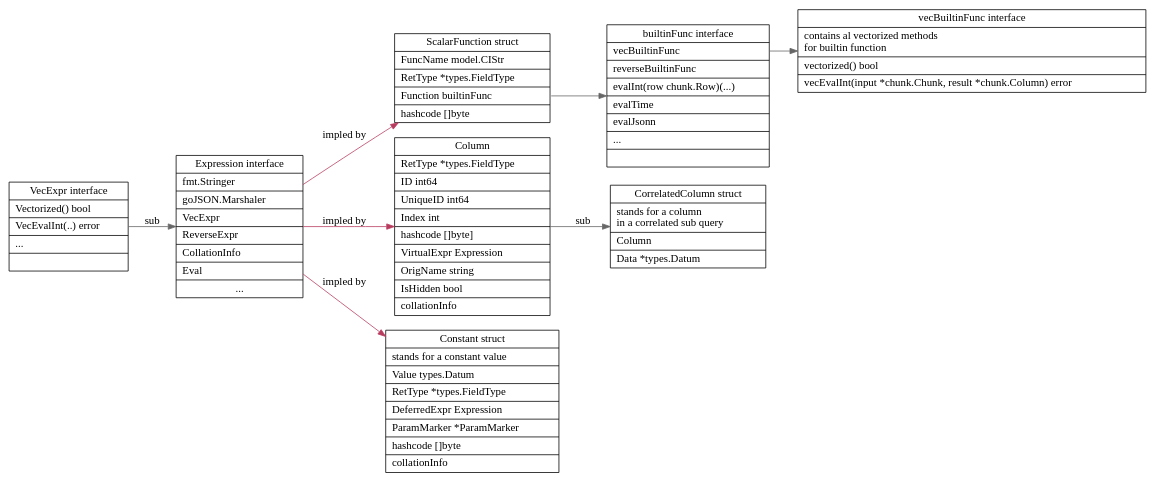
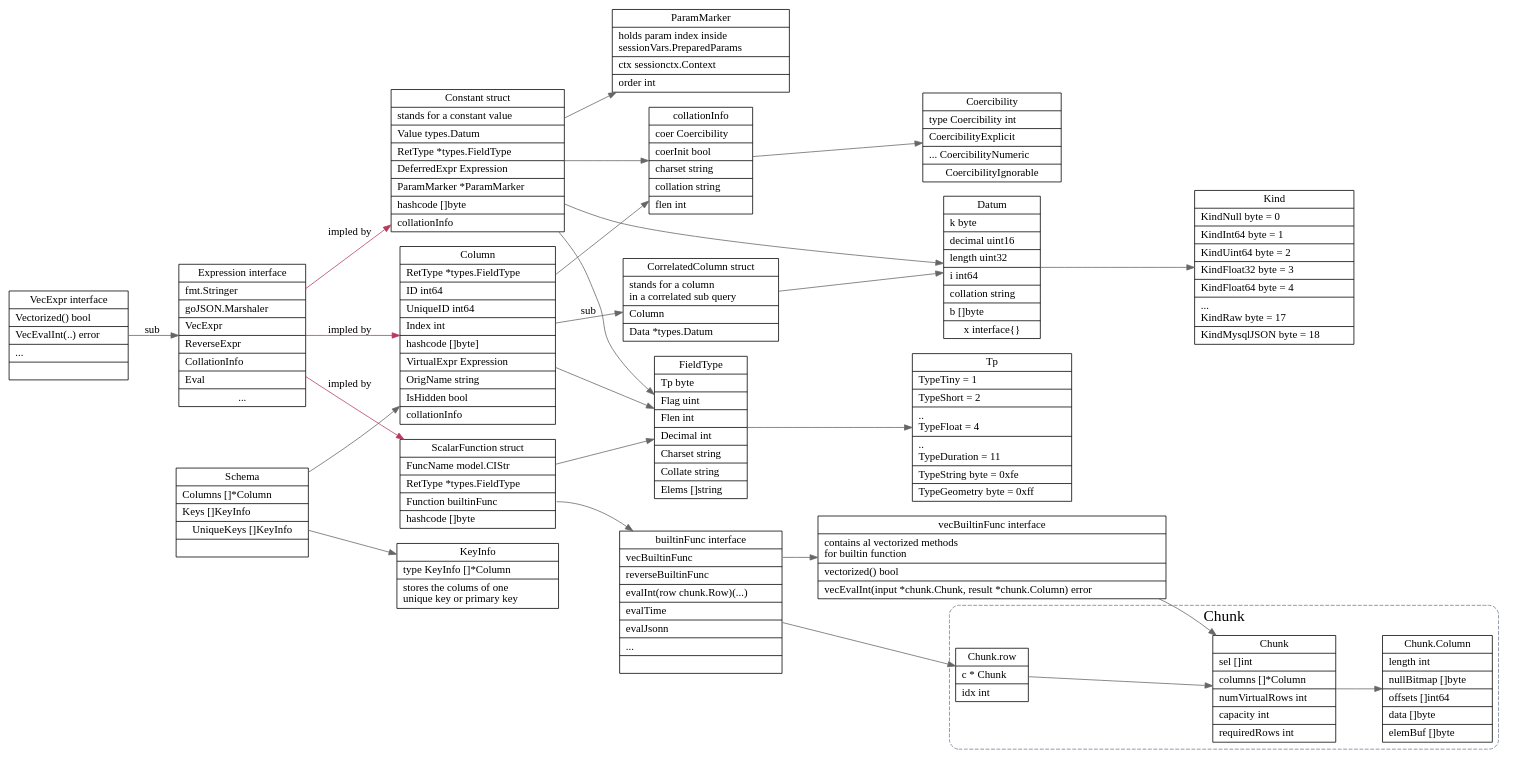
The diagram in src/tidb/dot/expression.dot (xieyu/blog), drawn with Graphviz before and after one commit. The commit also changed 87 other files, not shown here.

```diff
--- a/src/tidb/dot/expression.dot
+++ b/src/tidb/dot/expression.dot
@@ -102,5 +102,150 @@
     Constant;
   }[label="impled by";color="#b83b5e"];
 
+  FieldType[
+    shape="record";
+    label="{{
+      FieldType|
+	      Tp      byte\l|
+	      Flag    uint\l|
+	      Flen    int\l|
+	      Decimal int\l|
+	      Charset string\l|
+	      Collate string\l|
+	      Elems []string\l
+    }}"];
+  Datum[
+    shape="record";
+    label="{{
+      Datum|
+	      k         byte\l|
+	      decimal   uint16\l|
+	      length    uint32\l|
+	      i         int64\l|
+	      collation string\l|
+	      b         []byte\l|
+	      x         interface\{\}
+    }}"];
+  CorrelatedColumn -> Datum;
+  Column -> FieldType;
+  Column -> collationInfo;
+  builtinFunc -> Chunk_row;
+  vecBuiltinFunc -> Chunk;
+  subgraph cluster_Chunk {
+    graph[label="Chunk";fontsize=20;style="rounded,dashed";color="slategrey"]
+  Chunk_row[
+    shape="record";
+    label="{{
+      Chunk.row|
+      c * Chunk\l|
+      idx int\l
+    }}"];
+    Chunk_row -> Chunk;
+    Chunk[
+      shape="record";
+      label="{{
+        Chunk|
+          sel []int\l|
+          columns []*Column\l|
+          numVirtualRows int\l|
+          capacity int\l|
+          requiredRows int\l
+      }}"];
+
+    Chunk -> Chunk_Column;
+    Chunk_Column[
+      shape="record";
+      label="{{
+        Chunk.Column|
+	        length     int\l|
+	        nullBitmap []byte\l|
+	        offsets    []int64\l|
+	        data       []byte\l|
+	        elemBuf    []byte\l
+      }}"];
+    
+  }
+
+  Constant -> {FieldType;Datum; collationInfo}
+  collationInfo[
+    shape="record";
+    label="{{
+      collationInfo|
+	      coer     Coercibility\l|
+	      coerInit bool\l|
+	      charset   string\l|
+	      collation string\l|
+	      flen      int\l
+    }}"];
+  Tp[
+    shape="record";
+    label="{{
+      Tp|
+      TypeTiny = 1\l|
+      TypeShort = 2\l|
+      ..\l
+      TypeFloat = 4\l|
+      ..\l
+      TypeDuration = 11\l|
+      TypeString     byte = 0xfe\l|
+      TypeGeometry   byte = 0xff\l
+    }}"];
+  FieldType -> Tp;
+  Kind[
+    shape="record";
+    label="{{
+      Kind|
+      KindNull byte = 0\l|
+	    KindInt64         byte = 1\l|
+	    KindUint64        byte = 2\l|
+	    KindFloat32       byte = 3\l|
+	    KindFloat64       byte = 4\l|
+      ...\l
+	    KindRaw           byte = 17\l|
+	    KindMysqlJSON     byte = 18\l
+    }}"];
+  Coercibility[
+    shape="record";
+    label="{{
+      Coercibility|
+        type Coercibility int\l|
+        CoercibilityExplicit \l|
+        ...
+        CoercibilityNumeric\l|
+        CoercibilityIgnorable
+    }}"];
+  Datum -> Kind;
+  collationInfo -> Coercibility;
+  ScalarFunction -> FieldType;
+  ParamMarker[
+    shape="record";
+    label="{{
+      ParamMarker|
+      holds param index inside\l 
+      sessionVars.PreparedParams\l|
+      ctx sessionctx.Context\l|
+      order int\l
+    }}"];
+  Constant -> ParamMarker;
+  Schema[
+    shape="record";
+    label="{{
+      Schema|
+      Columns []*Column\l|
+      Keys []KeyInfo\l|
+      UniqueKeys []KeyInfo|
+    }}"];
+  Schema -> {
+    Column;
+    KeyInfo;
+  }
+  KeyInfo[
+    shape="record";
+    label="{{
+      KeyInfo|
+        type KeyInfo []*Column\l|
+        stores the colums of one\l
+        unique key or primary key\l
+    }}"];
   edge[style=dashed];
 }
```
